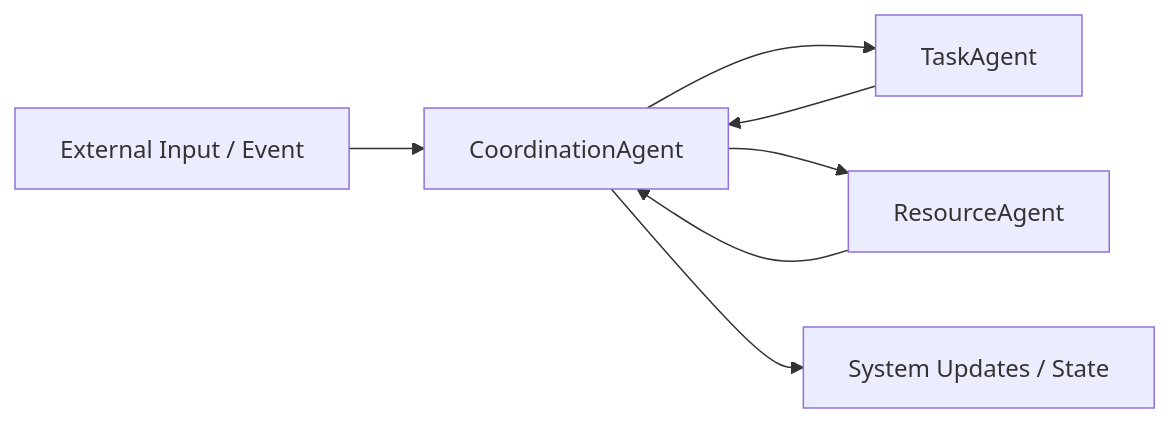
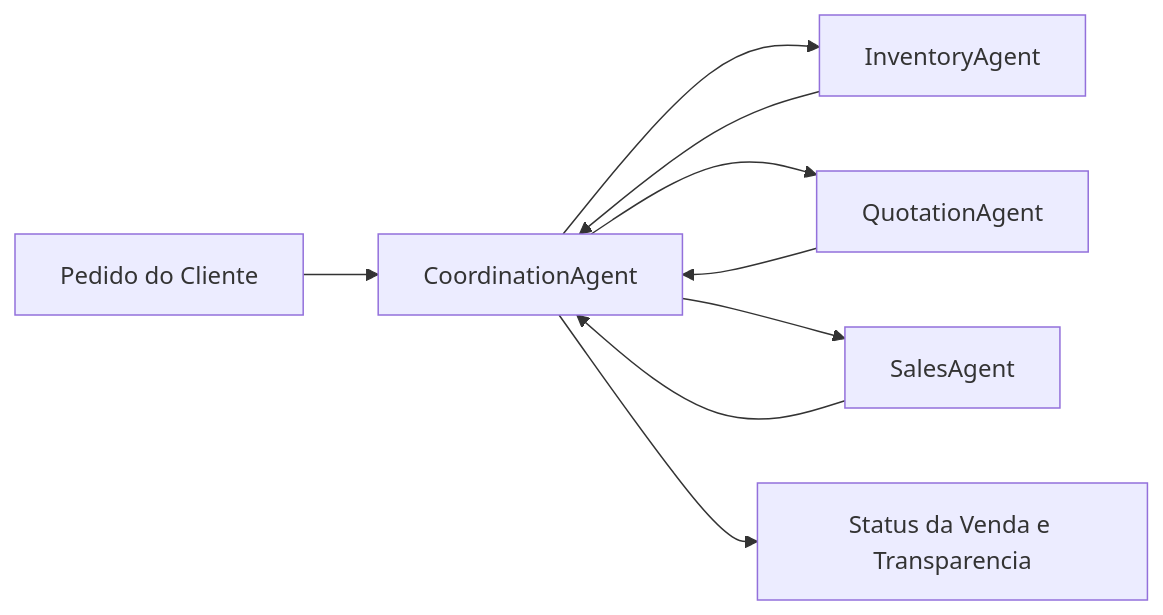
One commit to JanioSantos13659/Multi-Agent-Project changed the diagram in README.md. Above: the diagram before and after it, drawn with Mermaid. The commit also changed other lines of this file and 13 other files, not shown here.

````diff
--- a/README.md
+++ b/README.md
@@ -17,9 +18,11 @@
 ```mermaid
 flowchart LR
-	U[External Input / Event] --> C[CoordinationAgent]
-	C --> T[TaskAgent]
-	C --> R[ResourceAgent]
-	T --> C
-	R --> C
-	C --> O[System Updates / State]
+	U[Pedido do Cliente] --> C[CoordinationAgent]
+	C --> I[InventoryAgent]
+	C --> Q[QuotationAgent]
+	C --> S[SalesAgent]
+	I --> C
+	Q --> C
+	S --> C
+	C --> O[Status da Venda e Transparencia]
 ```
````
